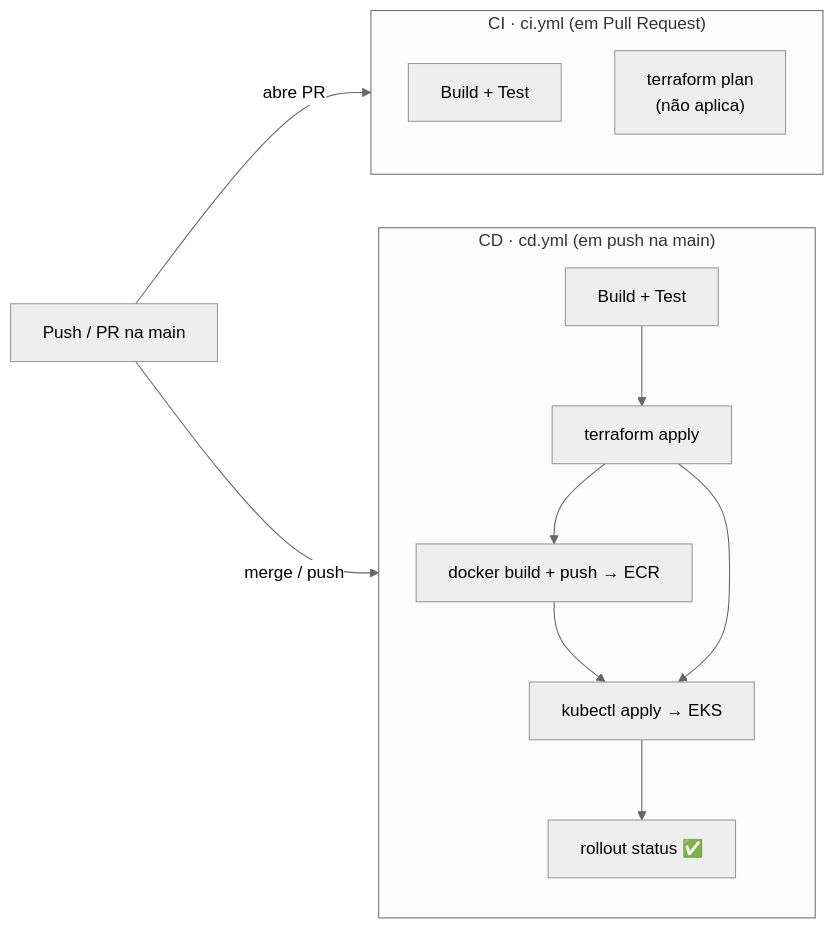
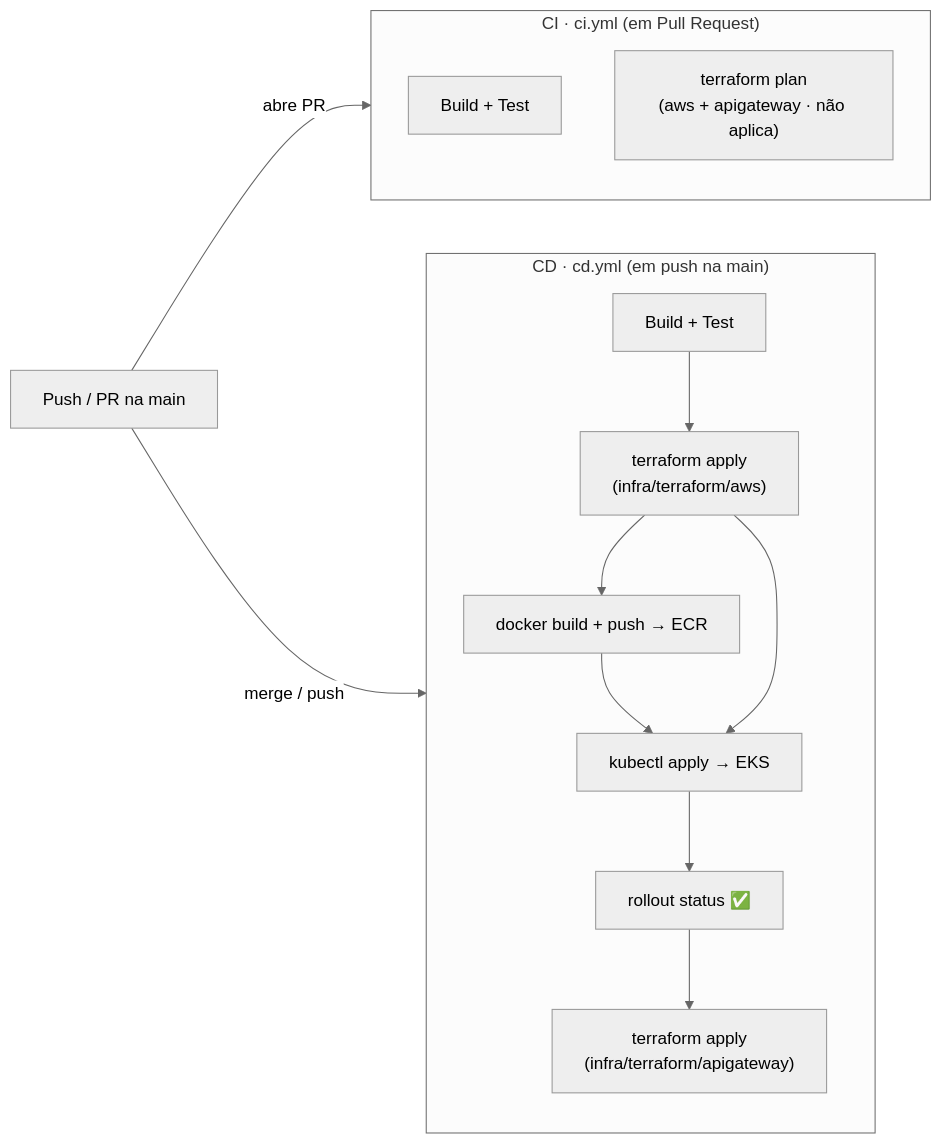
One commit to ArthurPeruzzo/fiap-mecanica changed the diagram in README.md. Above: the diagram before and after it, drawn with Mermaid (neutral theme). The commit also changed other lines of this file and 11 other files, not shown here.

````diff
--- a/README.md
+++ b/README.md
@@ -47,24 +47,25 @@
 ```mermaid
 graph LR
     Dev["Push / PR na main"]
 
     subgraph CI["CI · ci.yml (em Pull Request)"]
         direction TB
         BT1["Build + Test"]
-        TP["terraform plan<br/>(não aplica)"]
+        TP["terraform plan<br/>(aws + apigateway · não aplica)"]
     end
 
     subgraph CD["CD · cd.yml (em push na main)"]
         direction TB
         BT2["Build + Test"]
-        TA["terraform apply"]
+        TA["terraform apply<br/>(infra/terraform/aws)"]
         DBP["docker build + push → ECR"]
         KD["kubectl apply → EKS"]
         RS["rollout status ✅"]
+        AG["terraform apply<br/>(infra/terraform/apigateway)"]
     end
 
     Dev -->|abre PR| CI
     Dev -->|merge / push| CD
-    BT2 --> TA --> DBP --> KD --> RS
+    BT2 --> TA --> DBP --> KD --> RS --> AG
     TA --> KD
 ```
````
